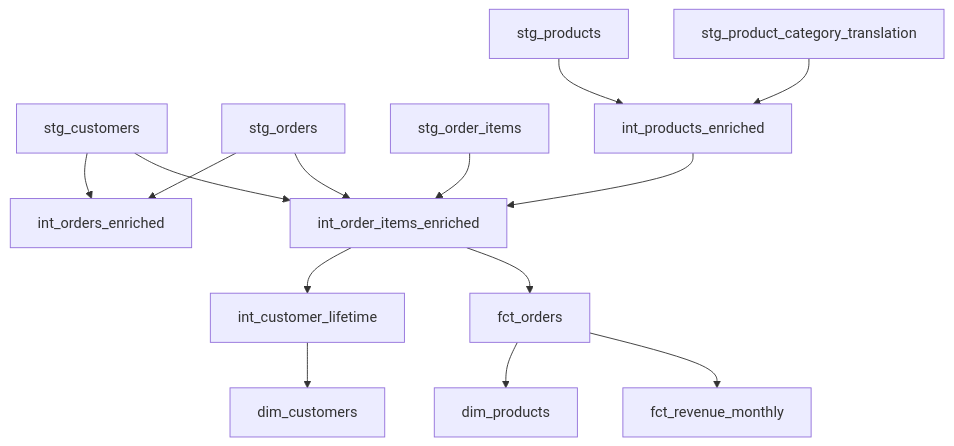
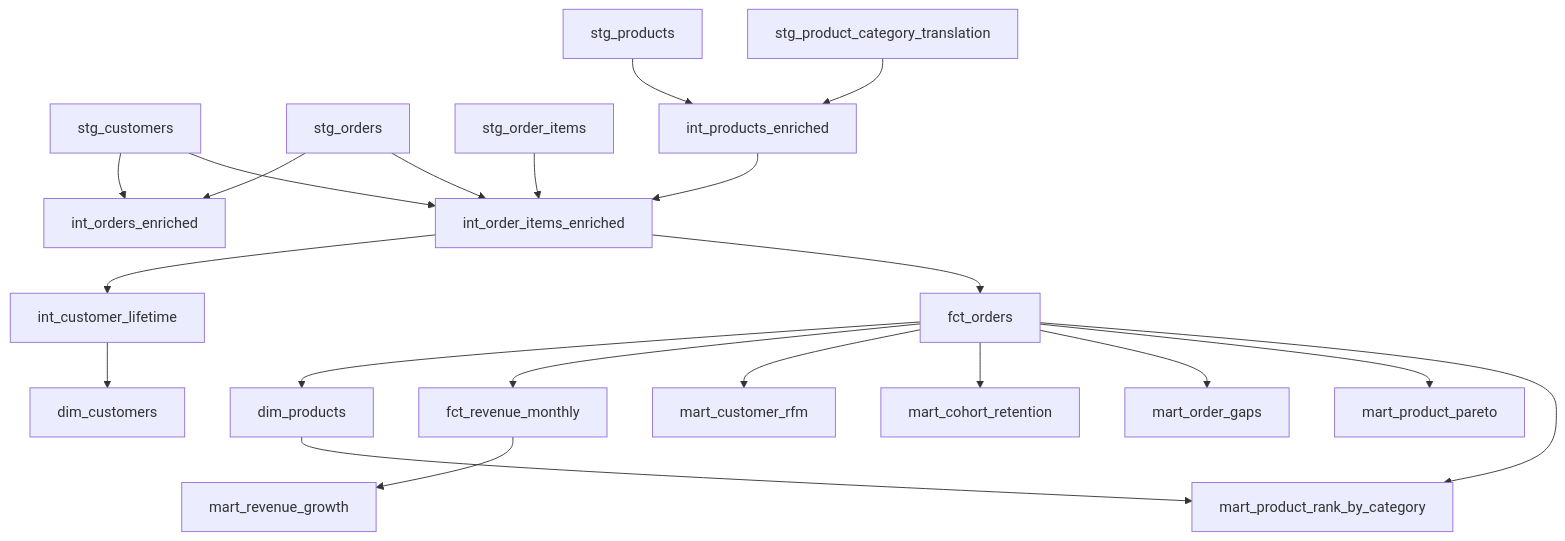
The second of 2 diagrams in README.md (suryalionael/dbt-ecommerce-analytics-mart), drawn with Mermaid before and after one commit. The commit also changed other lines of this file and 1 other file, not shown here.

````diff
--- a/README.md
+++ b/README.md
@@ -53,16 +84,23 @@
 ```mermaid
 flowchart TB
     stg_customers --> int_orders_enriched
     stg_orders --> int_orders_enriched
     stg_orders --> int_order_items_enriched
     stg_order_items --> int_order_items_enriched
     stg_customers --> int_order_items_enriched
     stg_products --> int_products_enriched
     stg_product_category_translation --> int_products_enriched
     int_products_enriched --> int_order_items_enriched
     int_order_items_enriched --> int_customer_lifetime
     int_order_items_enriched --> fct_orders
     fct_orders --> dim_products
     fct_orders --> fct_revenue_monthly
     int_customer_lifetime --> dim_customers
+    fct_orders --> mart_customer_rfm
+    fct_orders --> mart_cohort_retention
+    fct_orders --> mart_order_gaps
+    fct_revenue_monthly --> mart_revenue_growth
+    fct_orders --> mart_product_pareto
+    fct_orders --> mart_product_rank_by_category
+    dim_products --> mart_product_rank_by_category
 ```
````
